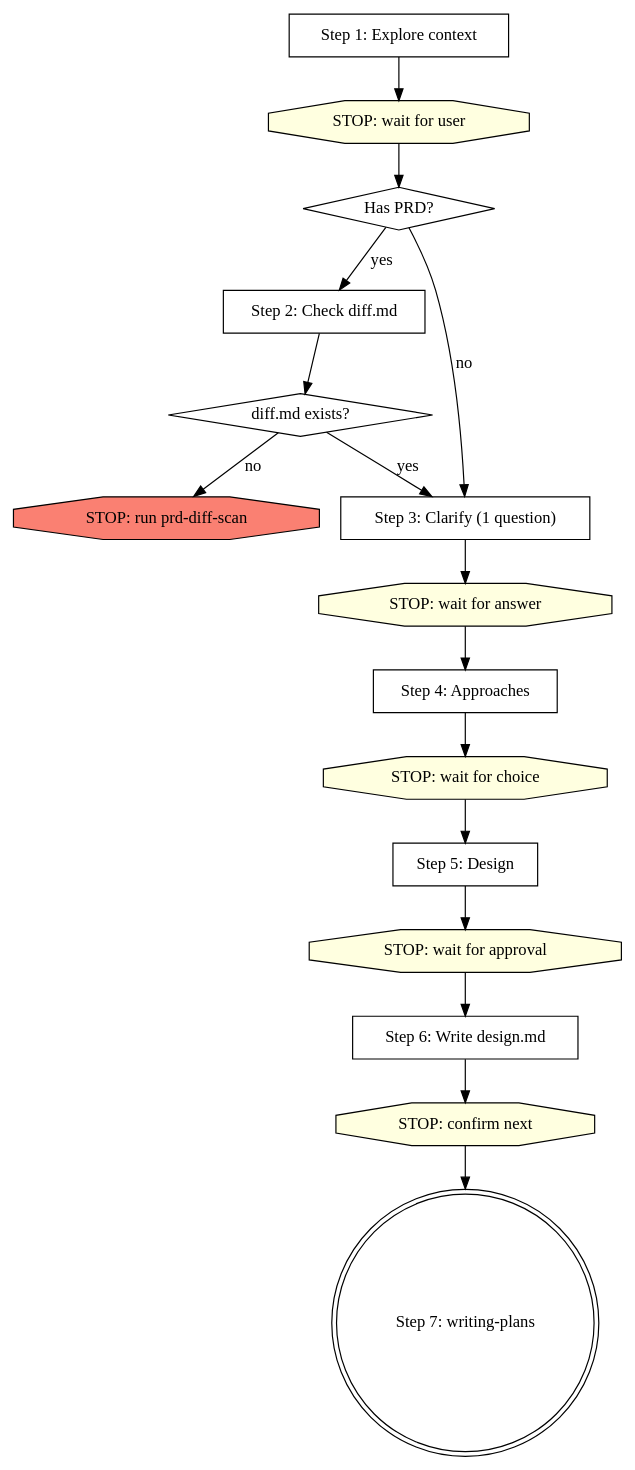
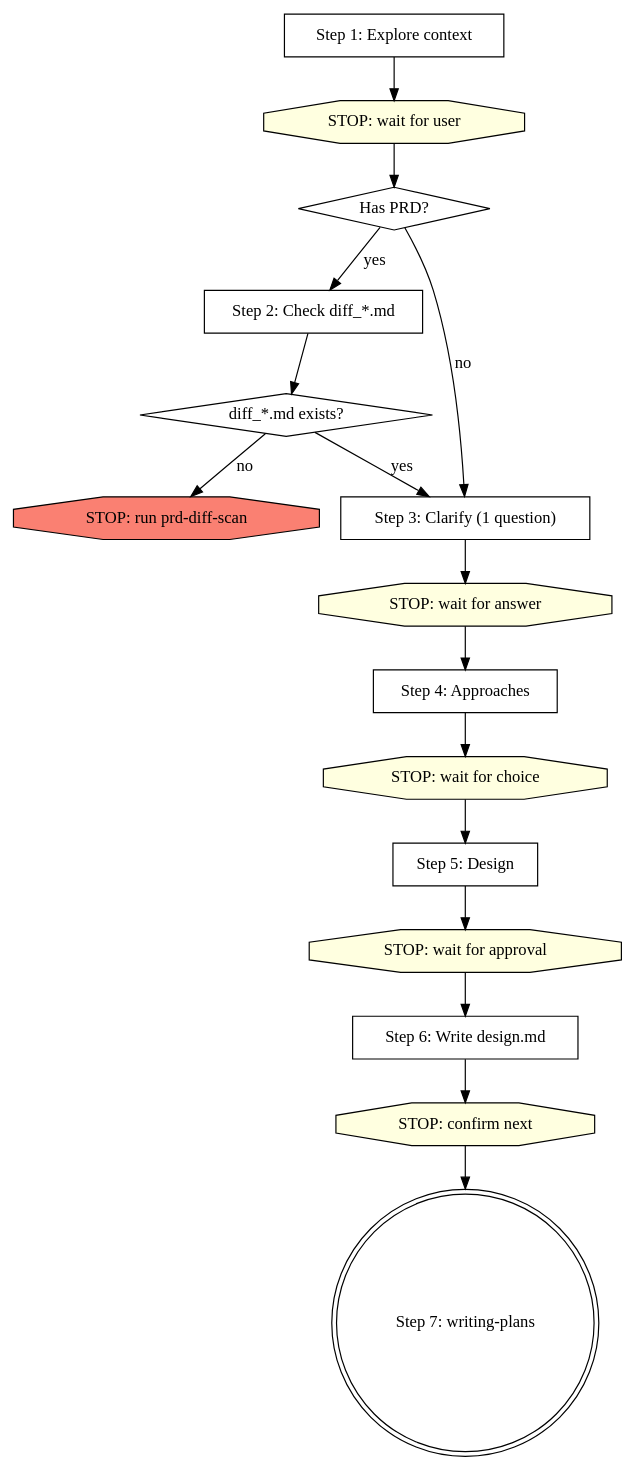
One commit to 786153747/superpowers changed the diagram in skills/brainstorming/SKILL.md. Above: the diagram before and after it, drawn with Graphviz. The commit also changed other lines of this file and 9 other files, not shown here.

````diff
--- a/skills/brainstorming/SKILL.md
+++ b/skills/brainstorming/SKILL.md
@@ -336,35 +339,35 @@
 ```dot
 digraph brainstorming {
     "Step 1: Explore context" [shape=box];
     "STOP: wait for user" [shape=octagon style=filled fillcolor=lightyellow];
     "Has PRD?" [shape=diamond];
-    "Step 2: Check diff.md" [shape=box];
-    "diff.md exists?" [shape=diamond];
+    "Step 2: Check diff_*.md" [shape=box];
+    "diff_*.md exists?" [shape=diamond];
     "STOP: run prd-diff-scan" [shape=octagon style=filled fillcolor=salmon];
     "Step 3: Clarify (1 question)" [shape=box];
     "STOP: wait for answer" [shape=octagon style=filled fillcolor=lightyellow];
     "Step 4: Approaches" [shape=box];
     "STOP: wait for choice" [shape=octagon style=filled fillcolor=lightyellow];
     "Step 5: Design" [shape=box];
     "STOP: wait for approval" [shape=octagon style=filled fillcolor=lightyellow];
     "Step 6: Write design.md" [shape=box];
     "STOP: confirm next" [shape=octagon style=filled fillcolor=lightyellow];
     "Step 7: writing-plans" [shape=doublecircle];
 
     "Step 1: Explore context" -> "STOP: wait for user";
     "STOP: wait for user" -> "Has PRD?";
-    "Has PRD?" -> "Step 2: Check diff.md" [label="yes"];
+    "Has PRD?" -> "Step 2: Check diff_*.md" [label="yes"];
     "Has PRD?" -> "Step 3: Clarify (1 question)" [label="no"];
-    "Step 2: Check diff.md" -> "diff.md exists?";
-    "diff.md exists?" -> "Step 3: Clarify (1 question)" [label="yes"];
-    "diff.md exists?" -> "STOP: run prd-diff-scan" [label="no"];
+    "Step 2: Check diff_*.md" -> "diff_*.md exists?";
+    "diff_*.md exists?" -> "Step 3: Clarify (1 question)" [label="yes"];
+    "diff_*.md exists?" -> "STOP: run prd-diff-scan" [label="no"];
     "Step 3: Clarify (1 question)" -> "STOP: wait for answer";
     "STOP: wait for answer" -> "Step 4: Approaches";
     "Step 4: Approaches" -> "STOP: wait for choice";
     "STOP: wait for choice" -> "Step 5: Design";
     "Step 5: Design" -> "STOP: wait for approval";
     "STOP: wait for approval" -> "Step 6: Write design.md";
     "Step 6: Write design.md" -> "STOP: confirm next";
     "STOP: confirm next" -> "Step 7: writing-plans";
 }
 ```
````
